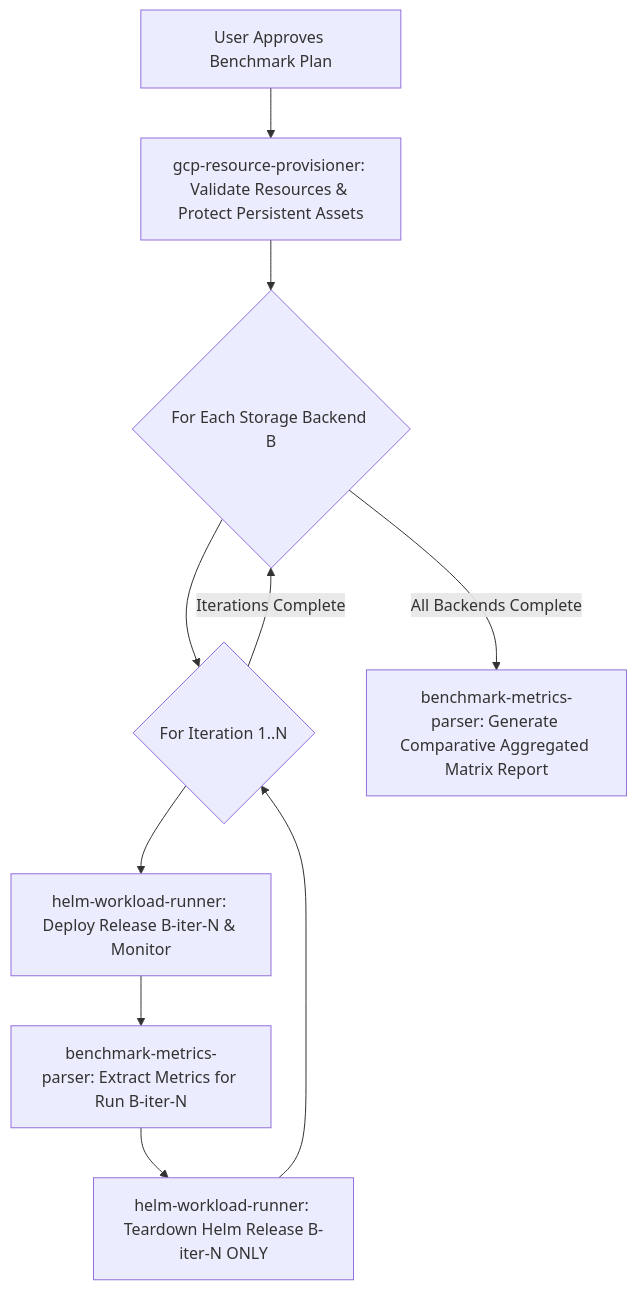
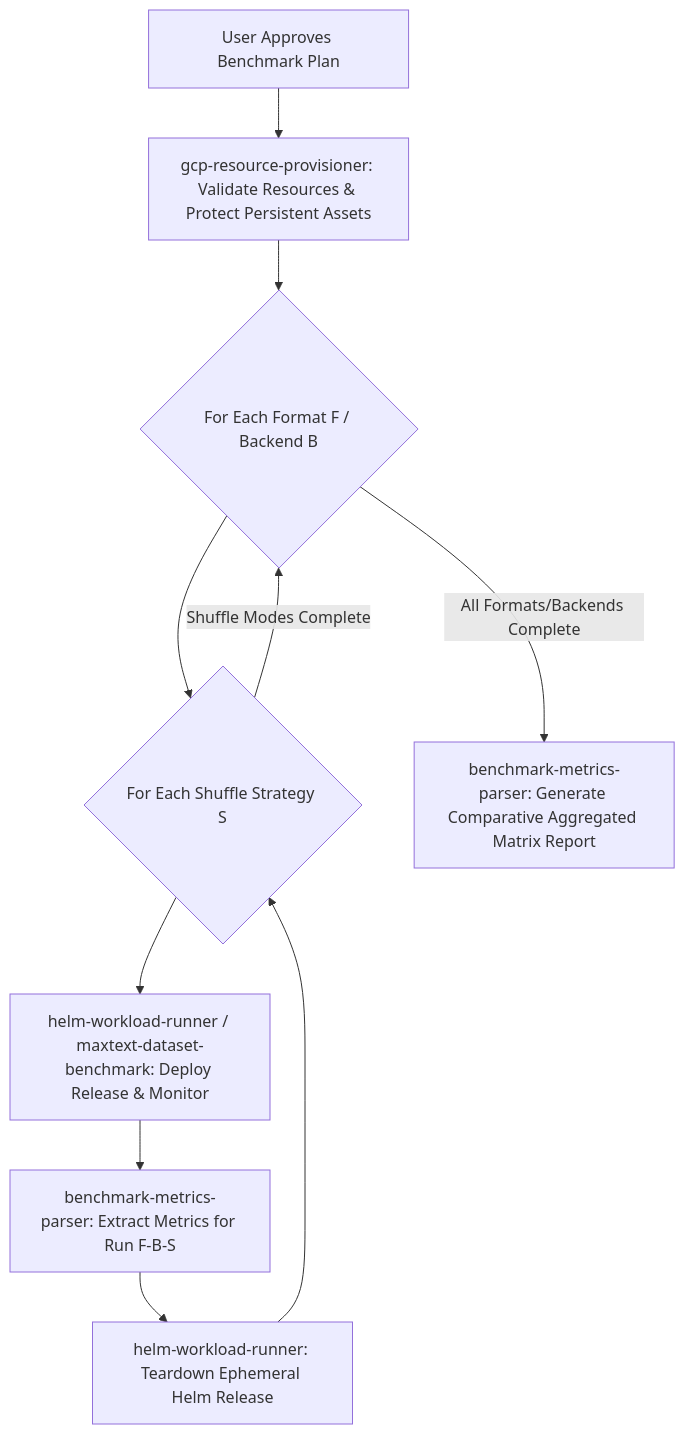
One commit to liuc99/gcloud-ml-benchmarks changed the diagram in skills/ml-benchmark-orchestrator/SKILL.md. Above: the diagram before and after it, drawn with Mermaid. The commit also changed other lines of this file and 1 other file, not shown here.

Commit message:
Move universal demo questionnaire and plan approval protocol to ml-benchmark-orchestrator master skill

````diff
--- a/skills/ml-benchmark-orchestrator/SKILL.md
+++ b/skills/ml-benchmark-orchestrator/SKILL.md
@@ -110,12 +110,12 @@
 ```mermaid
 graph TD
     A[User Approves Benchmark Plan] --> B[gcp-resource-provisioner: Validate Resources & Protect Persistent Assets]
-    B --> C{For Each Storage Backend B}
-    C --> D{For Iteration 1..N}
-    D --> E[helm-workload-runner: Deploy Release B-iter-N & Monitor]
-    E --> F[benchmark-metrics-parser: Extract Metrics for Run B-iter-N]
-    F --> G[helm-workload-runner: Teardown Helm Release B-iter-N ONLY]
+    B --> C{For Each Format F / Backend B}
+    C --> D{For Each Shuffle Strategy S}
+    D --> E[helm-workload-runner / maxtext-dataset-benchmark: Deploy Release & Monitor]
+    E --> F[benchmark-metrics-parser: Extract Metrics for Run F-B-S]
+    F --> G[helm-workload-runner: Teardown Ephemeral Helm Release]
     G --> D
-    D -->|Iterations Complete| C
-    C -->|All Backends Complete| H[benchmark-metrics-parser: Generate Comparative Aggregated Matrix Report]
+    D -->|Shuffle Modes Complete| C
+    C -->|All Formats/Backends Complete| H[benchmark-metrics-parser: Generate Comparative Aggregated Matrix Report]
 ```
````
